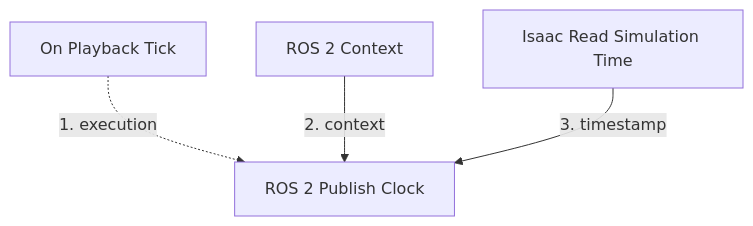
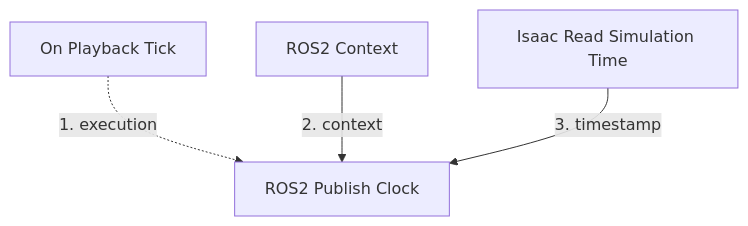
The third of 14 diagrams in _teaching/Robotics-Systems-I/labs/lab-03-isaac-sim/index.md (Tatwik19/Tatwik19.github.io), drawn with Mermaid before and after one commit. The commit also changed other lines of this file, not shown here.

````diff
--- a/_teaching/Robotics-Systems-I/labs/lab-03-isaac-sim/index.md
+++ b/_teaching/Robotics-Systems-I/labs/lab-03-isaac-sim/index.md
@@ -681,6 +695,6 @@
 ```mermaid
 flowchart TD
-    Tick["On Playback Tick"] -.->|"1. execution"| Clock["ROS 2 Publish Clock"]
-    Context["ROS 2 Context"] -->|"2. context"| Clock
+    Tick["On Playback Tick"] -.->|"1. execution"| Clock["ROS2 Publish Clock"]
+    Context["ROS2 Context"] -->|"2. context"| Clock
     Time["Isaac Read Simulation Time"] -->|"3. timestamp"| Clock
 ```
````
